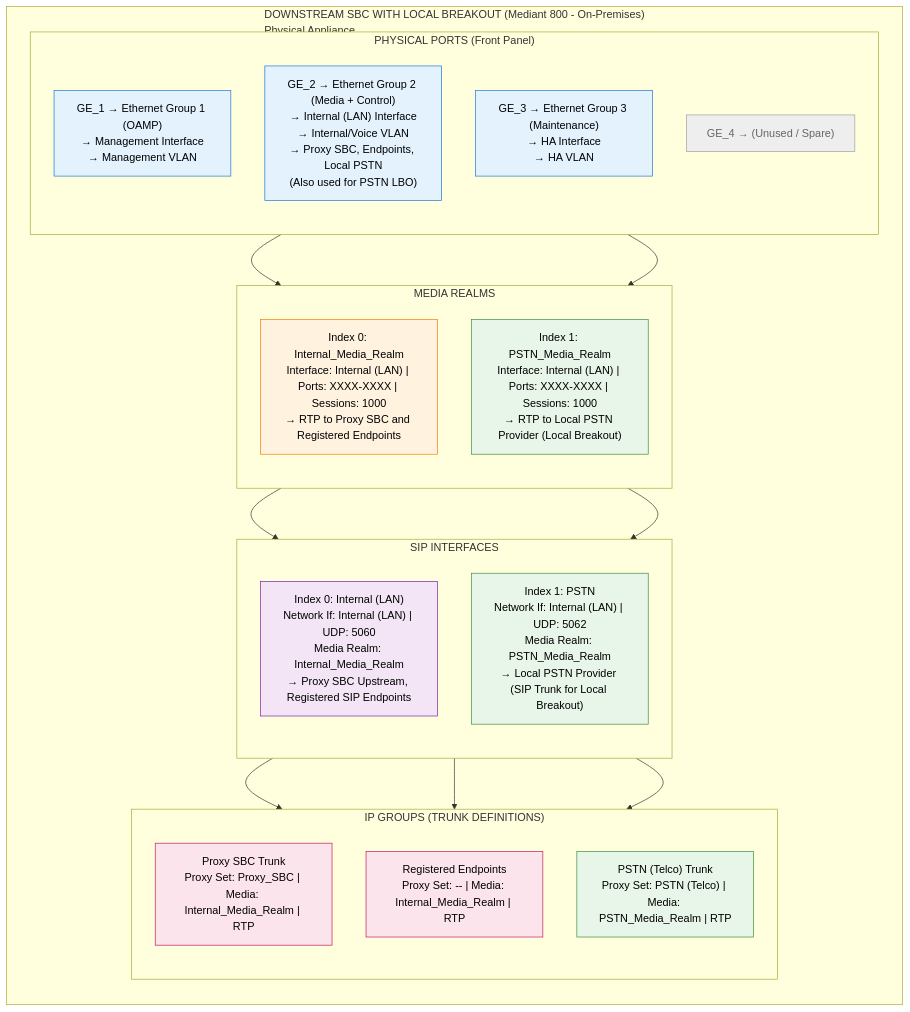
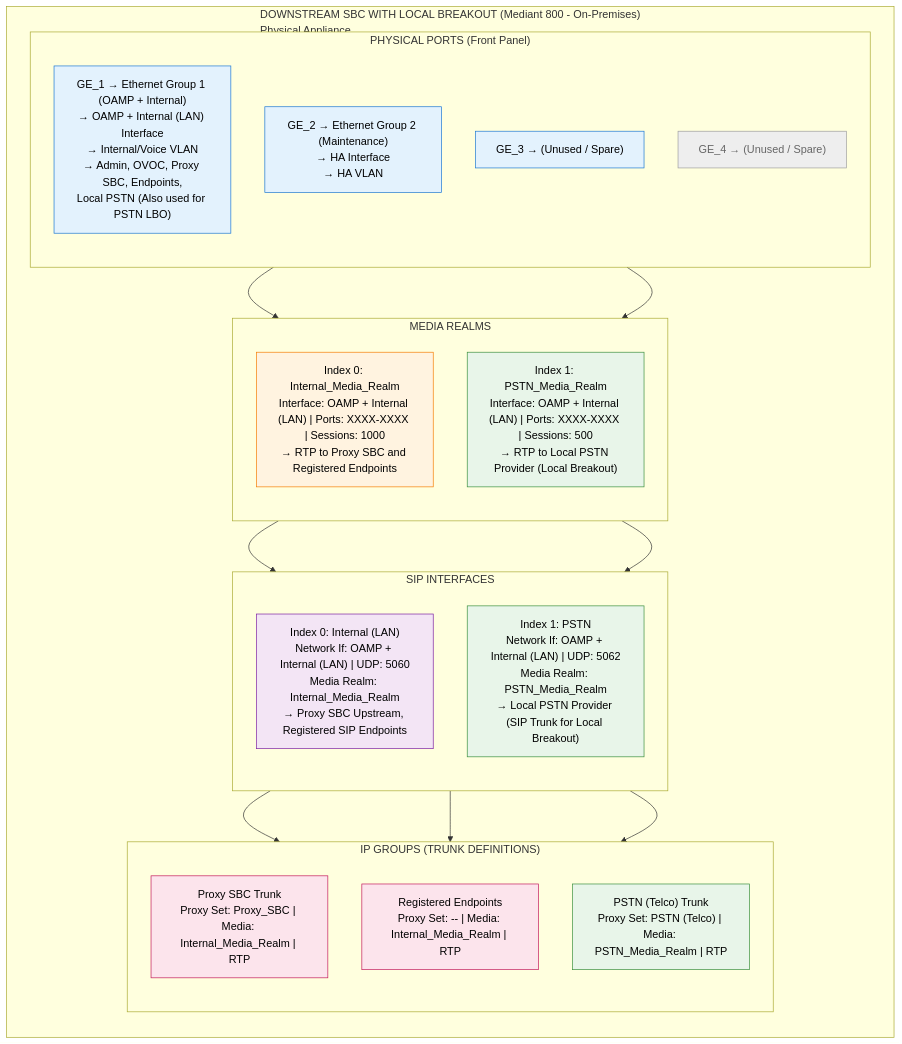
Before and after one commit to kevinsing999/public: diagram 20 of 26 in AudioCodes-AWS-Deployment-Guide.md, drawn with Mermaid. The commit also changed other lines of this file and 53 other files, not shown here.

First line of the commit message:
v2.0: Consolidate OAMP+LAN interfaces, reduce PSTN ports, add firewall docs

````diff
--- a/AudioCodes-AWS-Deployment-Guide.md
+++ b/AudioCodes-AWS-Deployment-Guide.md
@@ -3857,65 +3875,65 @@
 ```mermaid
 %%{init: {'theme': 'default'}}%%
 %% D.8.3 - Downstream SBC with Local Breakout (LBO) - Complete Interface Architecture
 
 flowchart TB
     subgraph MainBox["DOWNSTREAM SBC WITH LOCAL BREAKOUT (Mediant 800 - On-Premises)<br/>Physical Appliance"]
         direction TB
 
         subgraph PhysicalPorts["PHYSICAL PORTS (Front Panel)"]
             direction TB
-            GE1["GE_1 → Ethernet Group 1 (OAMP)<br/>→ Management Interface<br/>→ Management VLAN"]
-            GE2["GE_2 → Ethernet Group 2 (Media + Control)<br/>→ Internal (LAN) Interface<br/>→ Internal/Voice VLAN<br/>→ Proxy SBC, Endpoints, Local PSTN<br/>(Also used for PSTN LBO)"]
-            GE3["GE_3 → Ethernet Group 3 (Maintenance)<br/>→ HA Interface<br/>→ HA VLAN"]
+            GE1["GE_1 → Ethernet Group 1 (OAMP + Internal)<br/>→ OAMP + Internal (LAN) Interface<br/>→ Internal/Voice VLAN<br/>→ Admin, OVOC, Proxy SBC, Endpoints,<br/>Local PSTN (Also used for PSTN LBO)"]
+            GE2["GE_2 → Ethernet Group 2 (Maintenance)<br/>→ HA Interface<br/>→ HA VLAN"]
+            GE3["GE_3 → (Unused / Spare)"]
             GE4["GE_4 → (Unused / Spare)"]
         end
 
         subgraph MediaRealms["MEDIA REALMS"]
             direction TB
-            MR0["Index 0: Internal_Media_Realm<br/>Interface: Internal (LAN) | Ports: XXXX-XXXX | Sessions: 1000<br/>→ RTP to Proxy SBC and Registered Endpoints"]
-            MR1["Index 1: PSTN_Media_Realm<br/>Interface: Internal (LAN) | Ports: XXXX-XXXX | Sessions: 1000<br/>→ RTP to Local PSTN Provider (Local Breakout)"]
+            MR0["Index 0: Internal_Media_Realm<br/>Interface: OAMP + Internal (LAN) | Ports: XXXX-XXXX | Sessions: 1000<br/>→ RTP to Proxy SBC and Registered Endpoints"]
+            MR1["Index 1: PSTN_Media_Realm<br/>Interface: OAMP + Internal (LAN) | Ports: XXXX-XXXX | Sessions: 500<br/>→ RTP to Local PSTN Provider (Local Breakout)"]
         end
 
         subgraph SIPInterfaces["SIP INTERFACES"]
             direction TB
-            SIP0["Index 0: Internal (LAN)<br/>Network If: Internal (LAN) | UDP: 5060<br/>Media Realm: Internal_Media_Realm<br/>→ Proxy SBC Upstream, Registered SIP Endpoints"]
-            SIP1["Index 1: PSTN<br/>Network If: Internal (LAN) | UDP: 5062<br/>Media Realm: PSTN_Media_Realm<br/>→ Local PSTN Provider (SIP Trunk for Local Breakout)"]
+            SIP0["Index 0: Internal (LAN)<br/>Network If: OAMP + Internal (LAN) | UDP: 5060<br/>Media Realm: Internal_Media_Realm<br/>→ Proxy SBC Upstream, Registered SIP Endpoints"]
+            SIP1["Index 1: PSTN<br/>Network If: OAMP + Internal (LAN) | UDP: 5062<br/>Media Realm: PSTN_Media_Realm<br/>→ Local PSTN Provider (SIP Trunk for Local Breakout)"]
         end
 
         subgraph IPGroups["IP GROUPS (TRUNK DEFINITIONS)"]
             direction TB
             IPG1["Proxy SBC Trunk<br/>Proxy Set: Proxy_SBC | Media: Internal_Media_Realm | RTP"]
             IPG2["Registered Endpoints<br/>Proxy Set: -- | Media: Internal_Media_Realm | RTP"]
             IPG3["PSTN (Telco) Trunk<br/>Proxy Set: PSTN (Telco) | Media: PSTN_Media_Realm | RTP"]
         end
     end
 
     %% Connections showing logical flow
-    GE2 --> MR0
-    GE2 --> MR1
+    GE1 --> MR0
+    GE1 --> MR1
 
     MR0 --> SIP0
     MR1 --> SIP1
 
     SIP0 --> IPG1
     SIP0 --> IPG2
     SIP1 --> IPG3
 
     %% Styling
     classDef header fill:#ff9800,stroke:#e65100,color:#000,font-weight:bold
     classDef ports fill:#e3f2fd,stroke:#1976d2,color:#000
     classDef realms fill:#fff3e0,stroke:#f57c00,color:#000
     classDef sipif fill:#f3e5f5,stroke:#7b1fa2,color:#000
     classDef groups fill:#fce4ec,stroke:#c2185b,color:#000
     classDef unused fill:#eeeeee,stroke:#9e9e9e,color:#666
     classDef pstn fill:#e8f5e9,stroke:#388e3c,color:#000
 
     class GE1,GE2,GE3 ports
     class GE4 unused
     class MR0 realms
     class MR1 pstn
     class SIP0 sipif
     class SIP1 pstn
     class IPG1,IPG2 groups
     class IPG3 pstn
 ```
````
